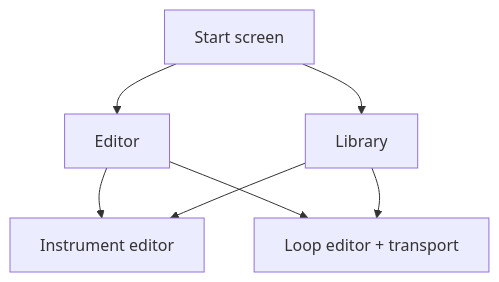
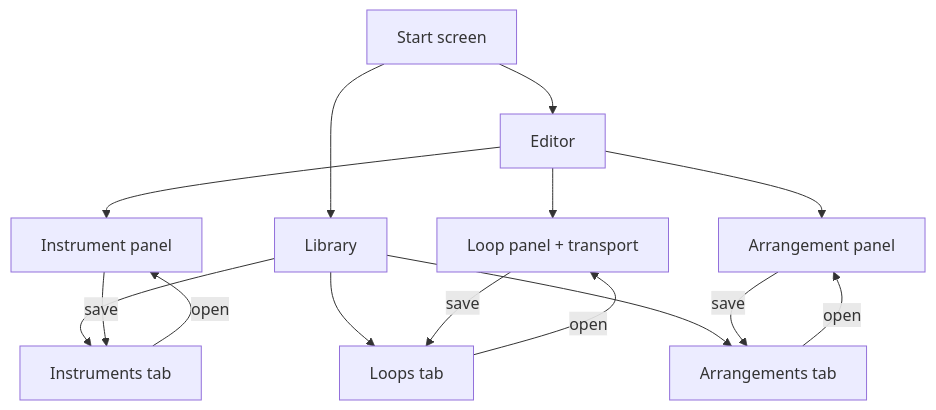
Before and after one commit to KornelSzyszka/synesterra-mobile: the second of 2 diagrams in docs/product/vision.md, drawn with Mermaid. The commit also changed other lines of this file, not shown here.

````diff
--- a/docs/product/vision.md
+++ b/docs/product/vision.md
@@ -41,14 +45,26 @@
 ```mermaid
 flowchart TD
     start["Start screen"]
     editor["Editor"]
     library["Library"]
-    instrumentEditor["Instrument editor"]
-    loopEditor["Loop editor + transport"]
+    instrumentPanel["Instrument panel"]
+    loopPanel["Loop panel + transport"]
+    arrangementPanel["Arrangement panel"]
+    instrumentTab["Instruments tab"]
+    loopTab["Loops tab"]
+    arrangementTab["Arrangements tab"]
     start --> editor
     start --> library
-    editor --> instrumentEditor
-    editor --> loopEditor
-    library --> instrumentEditor
-    library --> loopEditor
+    editor --> instrumentPanel
+    editor --> loopPanel
+    editor --> arrangementPanel
+    library --> instrumentTab
+    library --> loopTab
+    library --> arrangementTab
+    instrumentPanel -->|"save"| instrumentTab
+    loopPanel -->|"save"| loopTab
+    arrangementPanel -->|"save"| arrangementTab
+    instrumentTab -->|"open"| instrumentPanel
+    loopTab -->|"open"| loopPanel
+    arrangementTab -->|"open"| arrangementPanel
 ```
````
